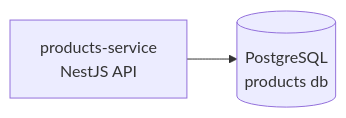
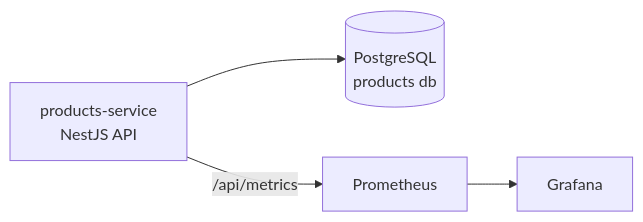
One commit to maicoqb/estudo-kubernets changed the diagram in ARCHITECTURE.md. Above: the diagram before and after it, drawn with Mermaid. The commit also changed other lines of this file and 12 other files, not shown here.

````diff
--- a/ARCHITECTURE.md
+++ b/ARCHITECTURE.md
@@ -3,4 +3,6 @@
 ```mermaid
 graph LR
   products-service[products-service<br>NestJS API] --> PostgreSQL[(PostgreSQL<br>products db)]
+  products-service -- /api/metrics --> Prometheus
+  Prometheus --> Grafana
 ```
````
